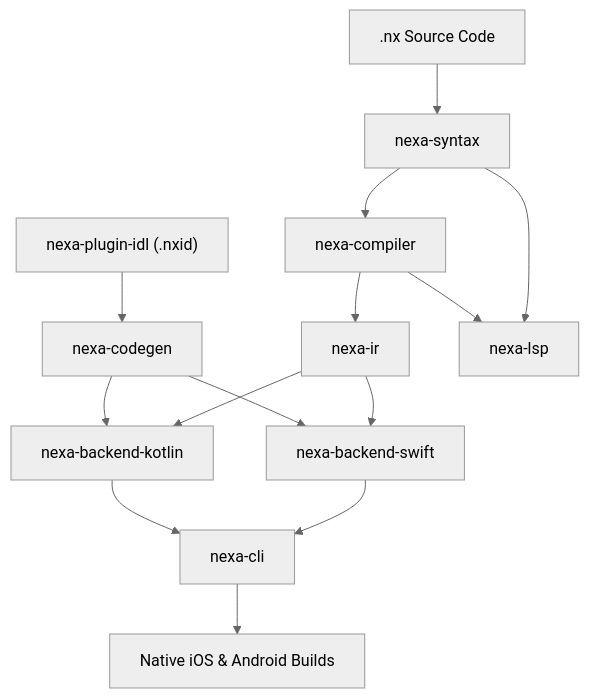
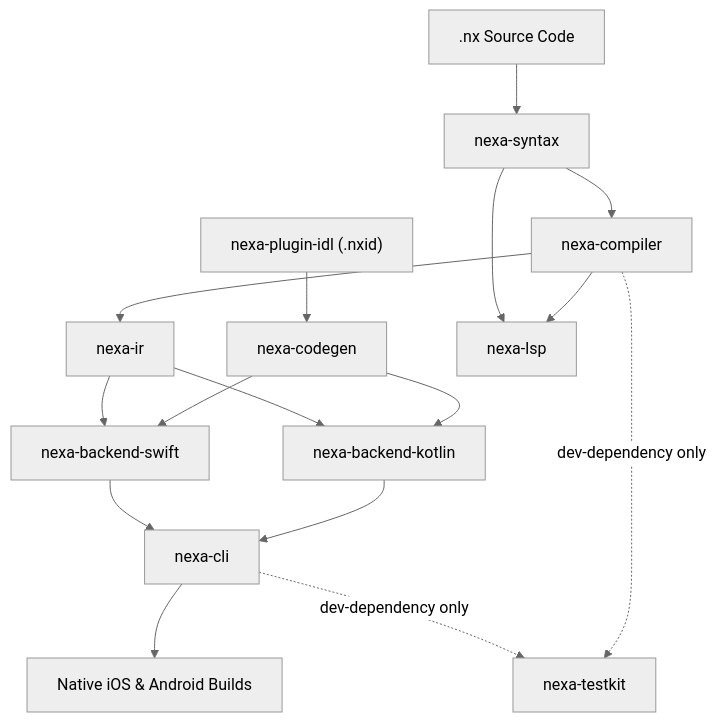
The diagram in AGENTS.md (pigeonmal/nexa), drawn with Mermaid (neutral theme) before and after one commit. The commit also changed other lines of this file and 31 other files, not shown here.

````diff
--- a/AGENTS.md
+++ b/AGENTS.md
@@ -38,16 +43,18 @@
 ```mermaid
 graph TD
     NX[".nx Source Code"] --> Syntax["nexa-syntax"]
     Syntax --> Compiler["nexa-compiler"]
     Compiler --> IR["nexa-ir"]
     IR --> SwiftBackend["nexa-backend-swift"]
     IR --> KotlinBackend["nexa-backend-kotlin"]
     PluginIDL["nexa-plugin-idl (.nxid)"] --> Codegen["nexa-codegen"]
     Codegen --> SwiftBackend
     Codegen --> KotlinBackend
     SwiftBackend --> CLI["nexa-cli"]
     KotlinBackend --> CLI
     CLI --> NativeApp["Native iOS & Android Builds"]
     Syntax --> LSP["nexa-lsp"]
     Compiler --> LSP
+    CLI -. "dev-dependency only" .-> Testkit["nexa-testkit"]
+    Compiler -. "dev-dependency only" .-> Testkit
 ```
````
